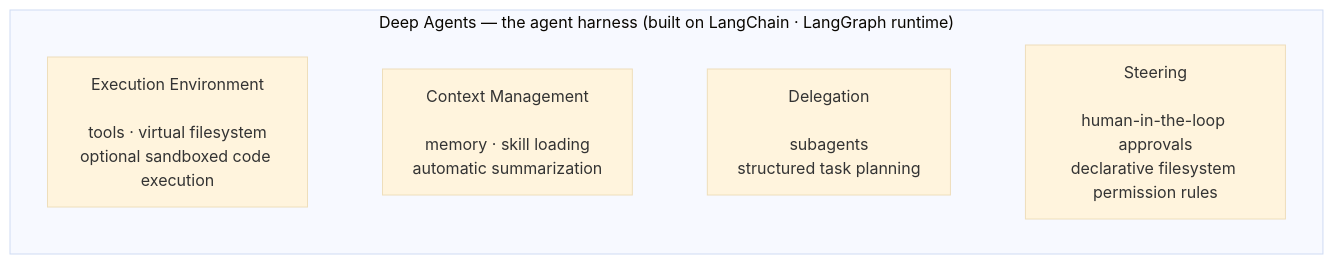
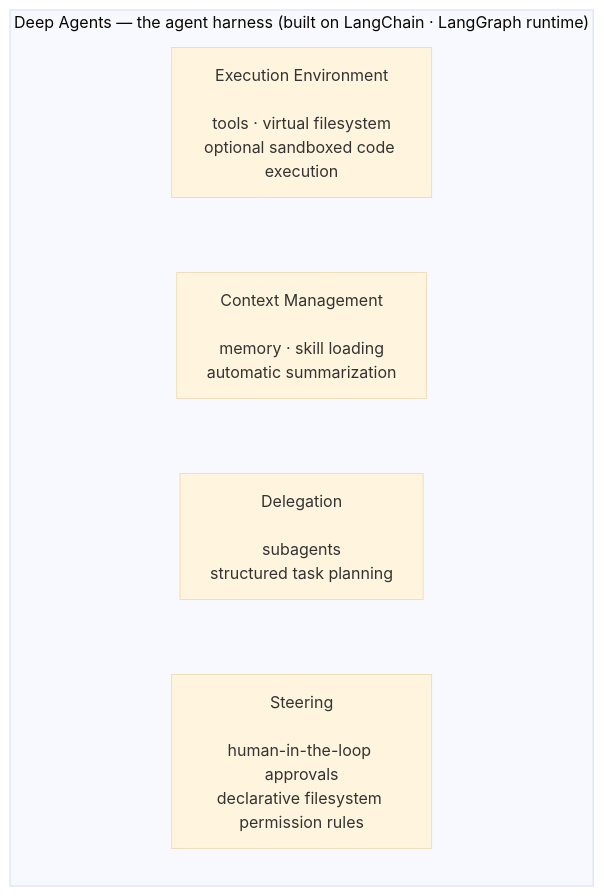
The diagram in deepagents_101/01-deepagent_intro/diagrams/architecture.mmd (JustCodeIt7/LangChain_DeepAgents), drawn with Mermaid (base theme) before and after one commit. The commit also changed 135 other files, not shown here.

First line of the commit message:
Add MCP tools documentation and transport diagram

```diff
--- a/deepagents_101/01-deepagent_intro/diagrams/architecture.mmd
+++ b/deepagents_101/01-deepagent_intro/diagrams/architecture.mmd
@@ -1,5 +1,5 @@
 flowchart TB
     subgraph harness["Deep Agents — the agent harness (built on LangChain · LangGraph runtime)"]
-        direction LR
+        direction TB
         ee["Execution Environment<br/><br/>tools · virtual filesystem<br/>optional sandboxed code execution"] ~~~ cm["Context Management<br/><br/>memory · skill loading<br/>automatic summarization"] ~~~ del["Delegation<br/><br/>subagents<br/>structured task planning"] ~~~ steer["Steering<br/><br/>human-in-the-loop approvals<br/>declarative filesystem permission rules"]
     end
```
